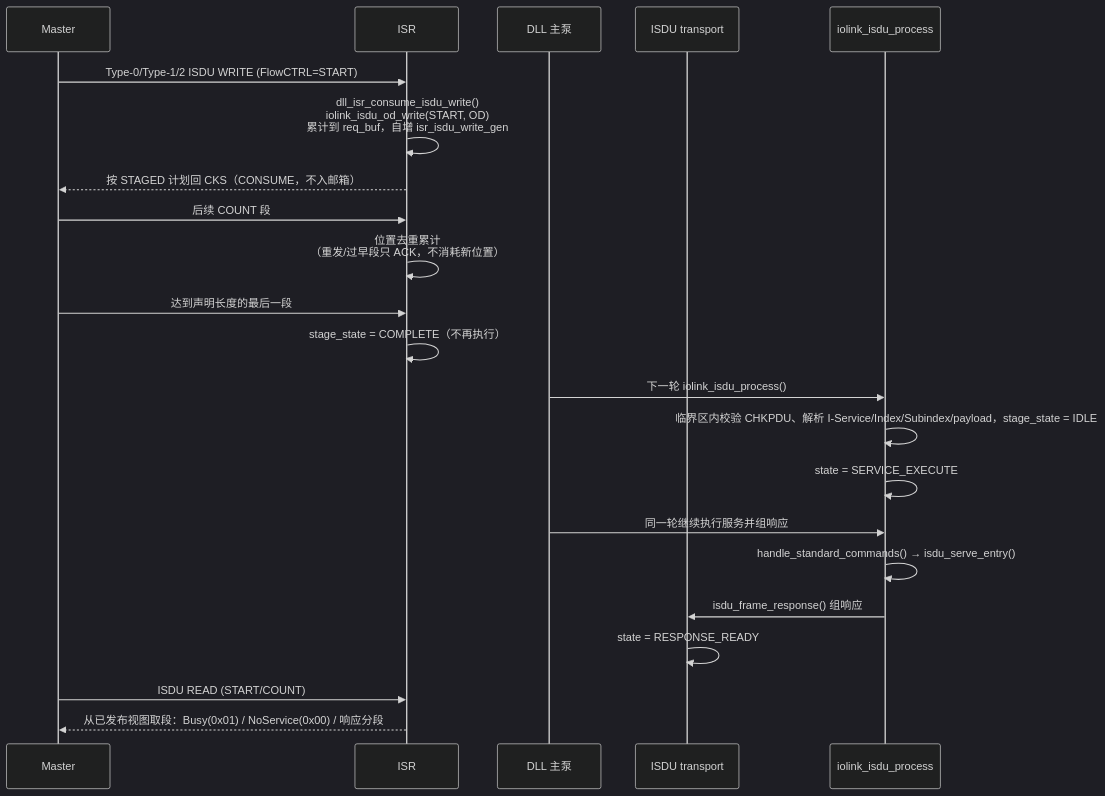
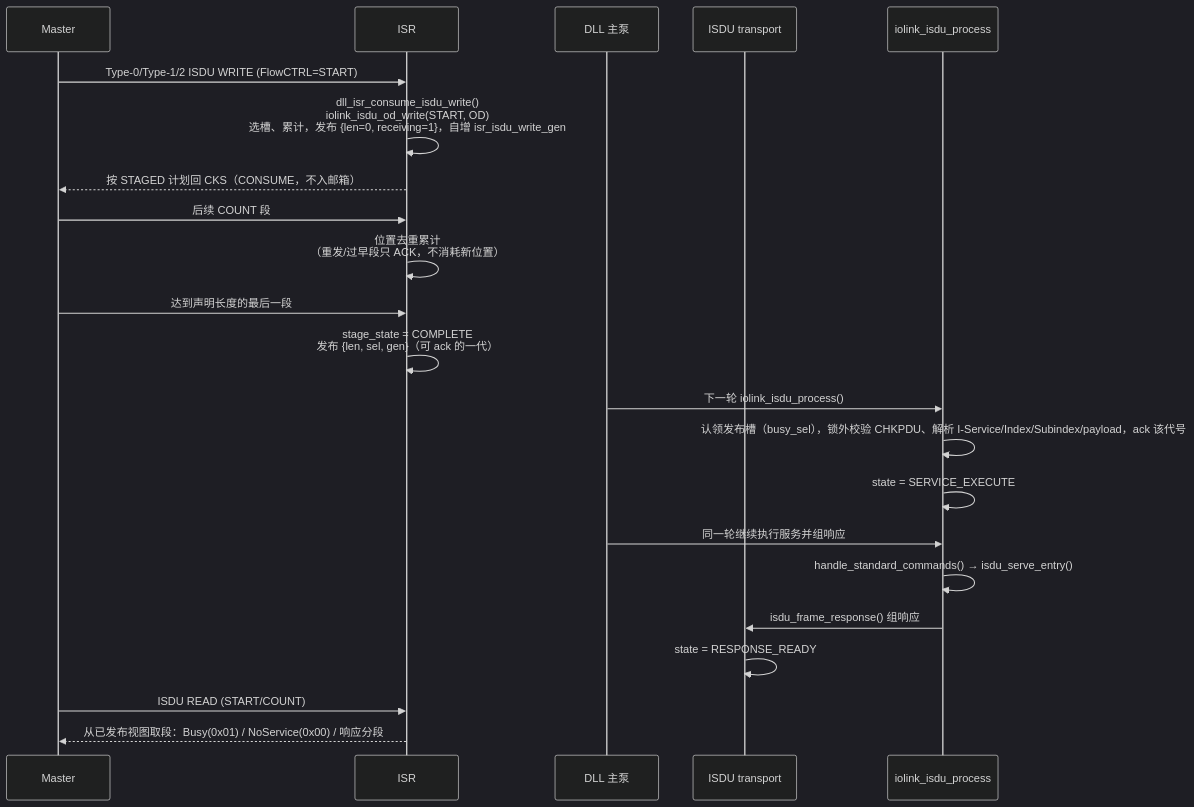
The tenth of 17 diagrams in docs/CODE_FLOW.md (Adlyq/iolinki), drawn with Mermaid (dark theme) before and after one commit. The commit also changed other lines of this file and 27 other files, not shown here.

````diff
--- a/docs/CODE_FLOW.md
+++ b/docs/CODE_FLOW.md
@@ -528,25 +528,25 @@
 ```mermaid
 sequenceDiagram
     participant M as Master
     participant I as ISR
     participant D as DLL 主泵
     participant T as ISDU transport
     participant S as iolink_isdu_process
 
     M->>I: Type-0/Type-1/2 ISDU WRITE (FlowCTRL=START)
-    I->>I: dll_isr_consume_isdu_write()<br/>iolink_isdu_od_write(START, OD)<br/>累计到 req_buf，自增 isr_isdu_write_gen
+    I->>I: dll_isr_consume_isdu_write()<br/>iolink_isdu_od_write(START, OD)<br/>选槽、累计，发布 {len=0, receiving=1}，自增 isr_isdu_write_gen
     I-->>M: 按 STAGED 计划回 CKS（CONSUME，不入邮箱）
     M->>I: 后续 COUNT 段
     I->>I: 位置去重累计<br/>（重发/过早段只 ACK，不消耗新位置）
     M->>I: 达到声明长度的最后一段
-    I->>I: stage_state = COMPLETE（不再执行）
+    I->>I: stage_state = COMPLETE<br/>发布 {len, sel, gen}（可 ack 的一代）
     D->>S: 下一轮 iolink_isdu_process()
-    S->>S: 临界区内校验 CHKPDU、解析 I-Service/Index/Subindex/payload，stage_state = IDLE
+    S->>S: 认领发布槽（busy_sel），锁外校验 CHKPDU、解析 I-Service/Index/Subindex/payload，ack 该代号
     S->>S: state = SERVICE_EXECUTE
     D->>S: 同一轮继续执行服务并组响应
     S->>S: handle_standard_commands() → isdu_serve_entry()
     S->>T: isdu_frame_response() 组响应
     T->>T: state = RESPONSE_READY
     M->>I: ISDU READ (START/COUNT)
     I-->>M: 从已发布视图取段：Busy(0x01) / NoService(0x00) / 响应分段
 ```
````
